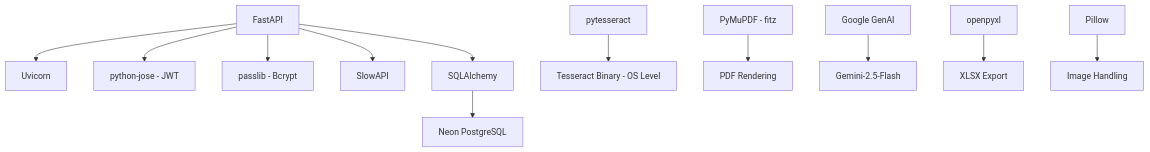
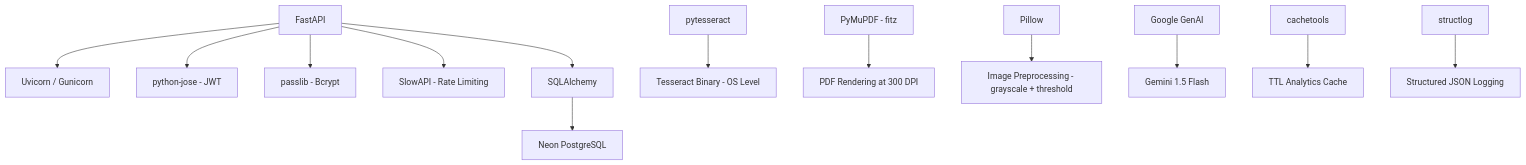
One commit to VRCHAMPION/gst_invoice_scanner changed the fourth of 4 diagrams in ARCHITECTURE.md. Above: the diagram before and after it, drawn with Mermaid. The commit also changed other lines of this file and 39 other files, not shown here.

````diff
--- a/ARCHITECTURE.md
+++ b/ARCHITECTURE.md
@@ -229,14 +256,15 @@
 ```mermaid
 graph TD
-    A[FastAPI] --> B[Uvicorn]
+    A[FastAPI] --> B[Uvicorn / Gunicorn]
     A --> C[python-jose - JWT]
     A --> D[passlib - Bcrypt]
-    A --> E[SlowAPI]
+    A --> E[SlowAPI - Rate Limiting]
     A --> F[SQLAlchemy]
     F --> G[Neon PostgreSQL]
     H[pytesseract] --> I[Tesseract Binary - OS Level]
-    J[PyMuPDF - fitz] --> K[PDF Rendering]
-    L[Google GenAI] --> M[Gemini-2.5-Flash]
-    N[openpyxl] --> O[XLSX Export]
-    P[Pillow] --> Q[Image Handling]
+    J[PyMuPDF - fitz] --> K[PDF Rendering at 300 DPI]
+    L[Pillow] --> M[Image Preprocessing - grayscale + threshold]
+    N[Google GenAI] --> O[Gemini 1.5 Flash]
+    P[cachetools] --> Q[TTL Analytics Cache]
+    R[structlog] --> S[Structured JSON Logging]
 ```
````
